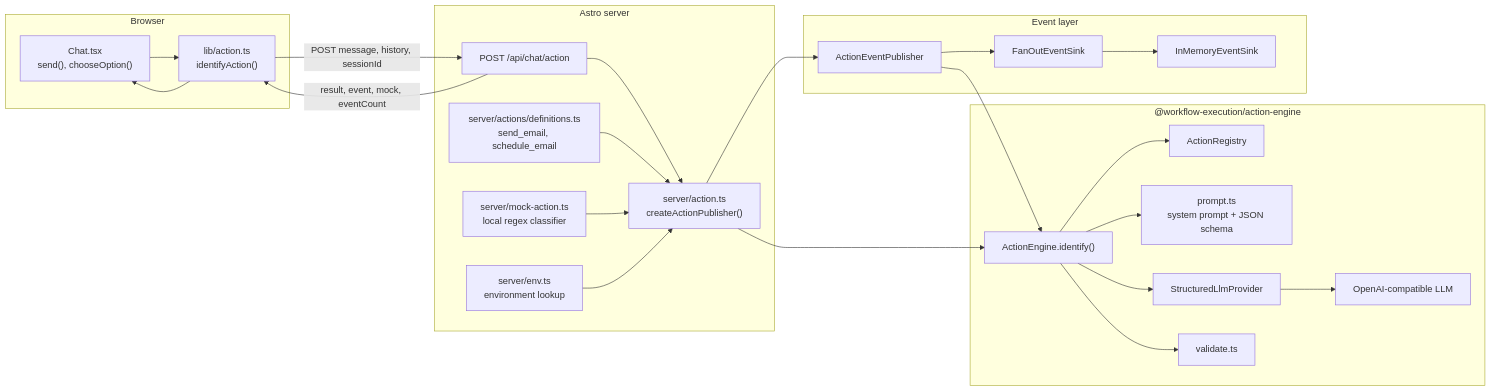
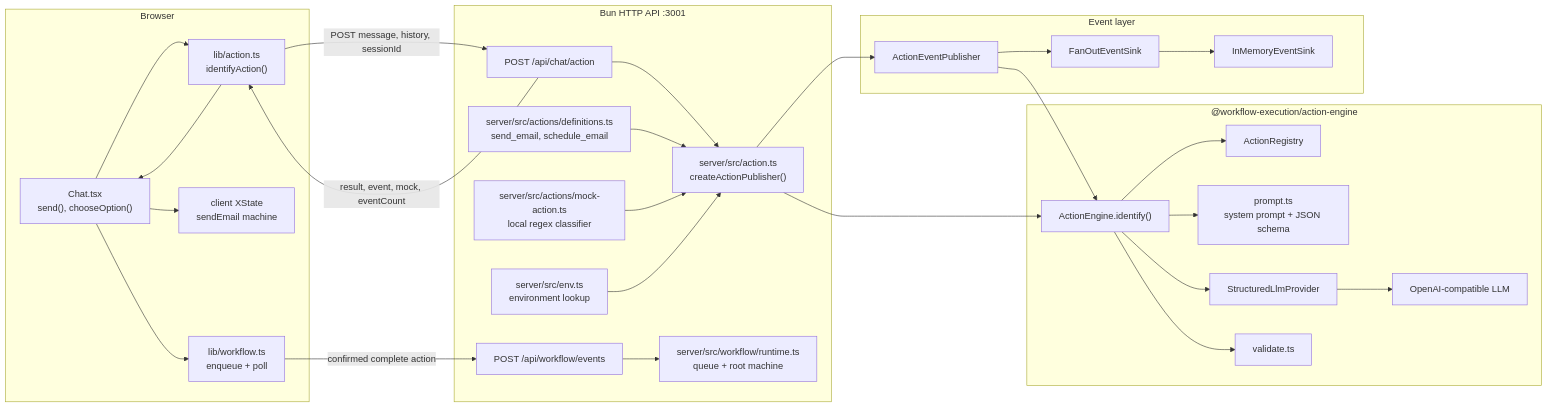
The first of 5 diagrams in docs/ACTION_ENGINE_DIAGRAM.md (ranjitd-sys/Workflow), drawn with Mermaid before and after one commit. The commit also changed other lines of this file and 48 other files, not shown here.

````diff
--- a/docs/ACTION_ENGINE_DIAGRAM.md
+++ b/docs/ACTION_ENGINE_DIAGRAM.md
@@ -12,53 +13,62 @@
 ```mermaid
 flowchart LR
   subgraph Browser["Browser"]
     Chat["Chat.tsx<br/>send(), chooseOption()"]
     Client["lib/action.ts<br/>identifyAction()"]
+    ClientMachine["client XState<br/>sendEmail machine"]
+    WorkflowClient["lib/workflow.ts<br/>enqueue + poll"]
   end
 
-  subgraph FrontendServer["Astro server"]
+  subgraph BunServer["Bun HTTP API :3001"]
     API["POST /api/chat/action"]
-    Wiring["server/action.ts<br/>createActionPublisher()"]
-    Definitions["server/actions/definitions.ts<br/>send_email, schedule_email"]
-    Mock["server/mock-action.ts<br/>local regex classifier"]
-    Env["server/env.ts<br/>environment lookup"]
+    WorkflowAPI["POST /api/workflow/events"]
+    Wiring["server/src/action.ts<br/>createActionPublisher()"]
+    Definitions["server/src/actions/definitions.ts<br/>send_email, schedule_email"]
+    Mock["server/src/actions/mock-action.ts<br/>local regex classifier"]
+    Env["server/src/env.ts<br/>environment lookup"]
+    Runtime["server/src/workflow/runtime.ts<br/>queue + root machine"]
   end
 
   subgraph Engine["@workflow-execution/action-engine"]
     ActionEngine["ActionEngine.identify()"]
     Registry["ActionRegistry"]
     Prompt["prompt.ts<br/>system prompt + JSON schema"]
     Provider["StructuredLlmProvider"]
     LLM["OpenAI-compatible LLM"]
     Validate["validate.ts"]
   end
 
   subgraph EventLayer["Event layer"]
     Publisher["ActionEventPublisher"]
     FanOut["FanOutEventSink"]
     Store["InMemoryEventSink"]
   end
 
   Chat --> Client
+  Chat --> ClientMachine
+  Chat --> WorkflowClient
   Client -->|"POST message, history, sessionId"| API
   API --> Wiring
   Definitions --> Wiring
   Mock --> Wiring
   Env --> Wiring
 
   Wiring --> ActionEngine
   Wiring --> Publisher
   Publisher --> ActionEngine
 
   ActionEngine --> Registry
   ActionEngine --> Prompt
   ActionEngine --> Provider
   Provider --> LLM
   ActionEngine --> Validate
 
   Publisher --> FanOut
   FanOut --> Store
 
+  WorkflowClient -->|"confirmed complete action"| WorkflowAPI
+  WorkflowAPI --> Runtime
+
   API -->|"result, event, mock, eventCount"| Client
   Client --> Chat
 ```
````
